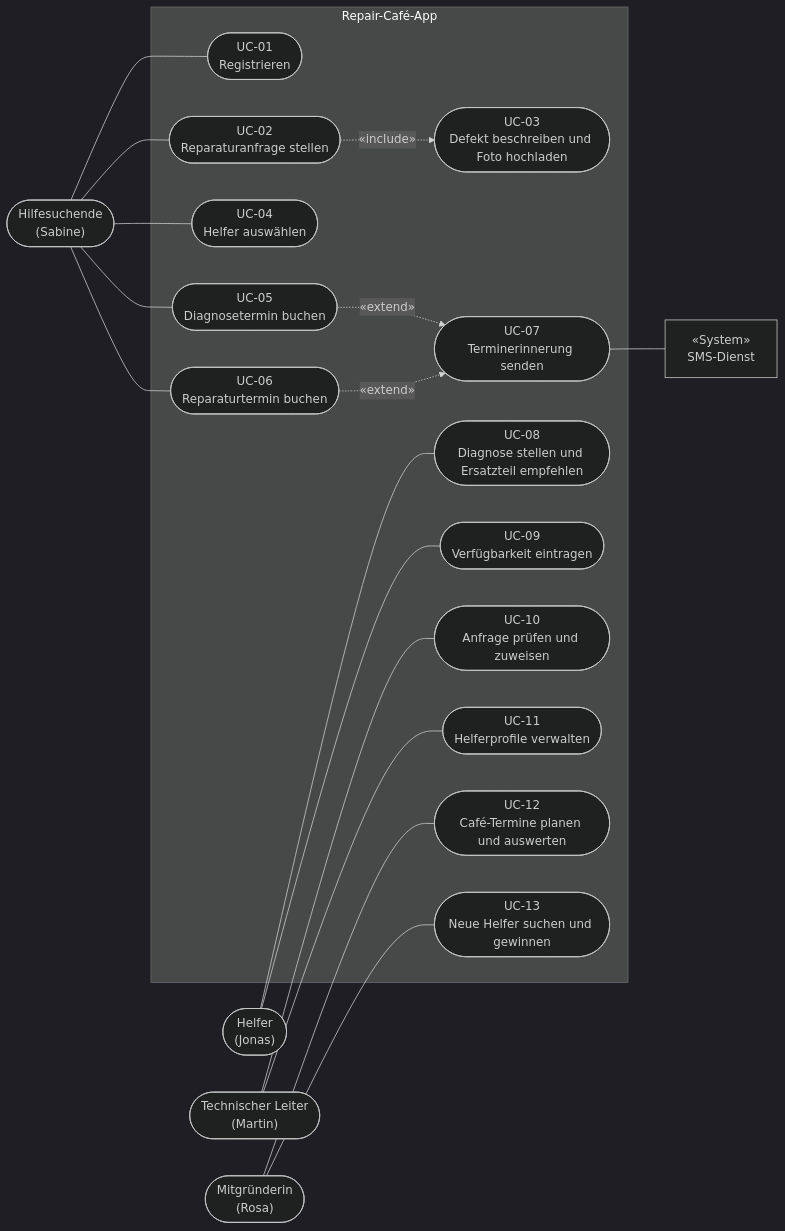
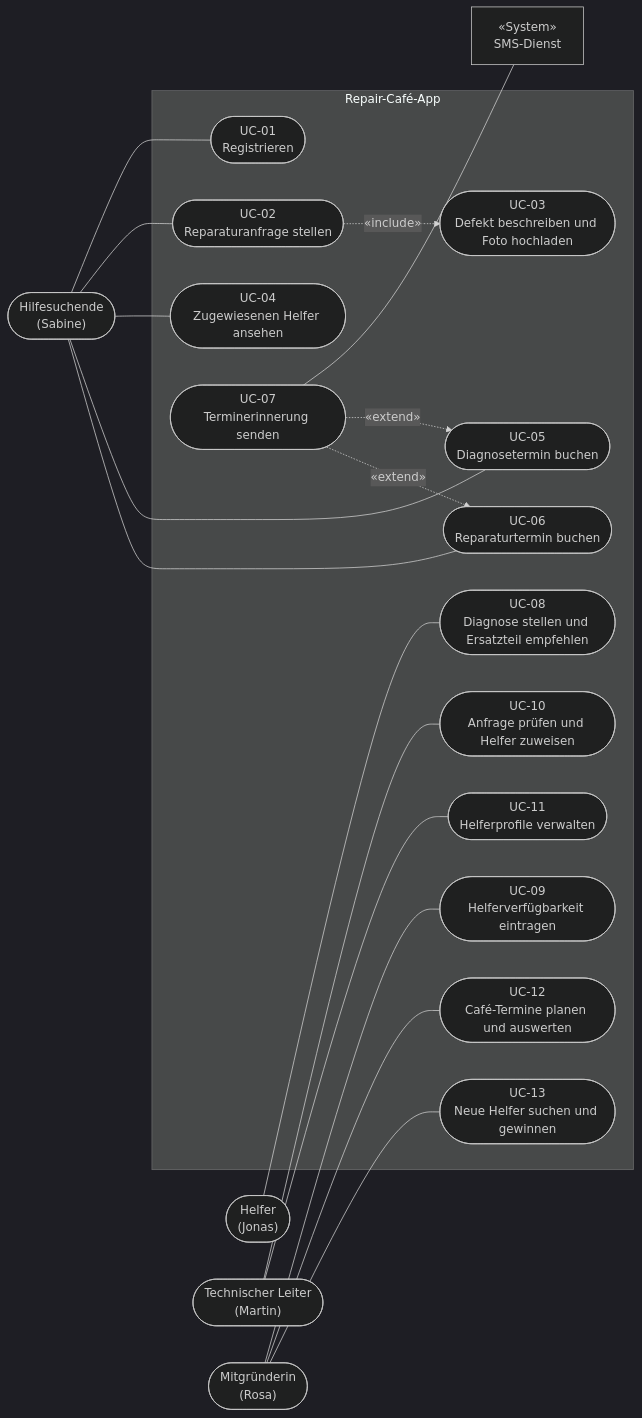
One commit to Ronjamjmj/RepairCafeApp_LenaundRonja changed the diagram in docs/01-anforderungen/use-case-diagramm.md. Above: the diagram before and after it, drawn with Mermaid (dark theme). The commit also changed other lines of this file and 6 other files, not shown here.

Commit message:
Objektdiagramm & Zustandsdiagramm updates

````diff
--- a/docs/01-anforderungen/use-case-diagramm.md
+++ b/docs/01-anforderungen/use-case-diagramm.md
@@ -7,45 +7,45 @@
 ```mermaid
 flowchart LR
     Sabine(["Hilfesuchende<br/>(Sabine)"])
     Jonas(["Helfer<br/>(Jonas)"])
     Martin(["Technischer Leiter<br/>(Martin)"])
     Rosa(["Mitgründerin<br/>(Rosa)"])
     SMS["«System»<br/>SMS-Dienst"]
 
     subgraph APP["Repair-Café-App"]
         UC01(["UC-01<br/>Registrieren"])
         UC02(["UC-02<br/>Reparaturanfrage stellen"])
         UC03(["UC-03<br/>Defekt beschreiben und Foto hochladen"])
-        UC04(["UC-04<br/>Helfer auswählen"])
+        UC04(["UC-04<br/>Zugewiesenen Helfer ansehen"])
         UC05(["UC-05<br/>Diagnosetermin buchen"])
         UC06(["UC-06<br/>Reparaturtermin buchen"])
         UC07(["UC-07<br/>Terminerinnerung senden"])
         UC08(["UC-08<br/>Diagnose stellen und Ersatzteil empfehlen"])
-        UC09(["UC-09<br/>Verfügbarkeit eintragen"])
-        UC10(["UC-10<br/>Anfrage prüfen und zuweisen"])
+        UC09(["UC-09<br/>Helferverfügbarkeit eintragen"])
+        UC10(["UC-10<br/>Anfrage prüfen und Helfer zuweisen"])
         UC11(["UC-11<br/>Helferprofile verwalten"])
         UC12(["UC-12<br/>Café-Termine planen und auswerten"])
         UC13(["UC-13<br/>Neue Helfer suchen und gewinnen"])
     end
 
     Sabine --- UC01
     Sabine --- UC02
     Sabine --- UC04
     Sabine --- UC05
     Sabine --- UC06
 
     Jonas --- UC08
-    Jonas --- UC09
 
     Martin --- UC10
     Martin --- UC11
 
+    Rosa --- UC09
     Rosa --- UC12
     Rosa --- UC13
 
     UC07 --- SMS
 
     UC02 -.->|"«include»"| UC03
-    UC05 -.->|"«extend»"| UC07
-    UC06 -.->|"«extend»"| UC07
+    UC07 -.->|"«extend»"| UC05
+    UC07 -.->|"«extend»"| UC06
 ```
````
